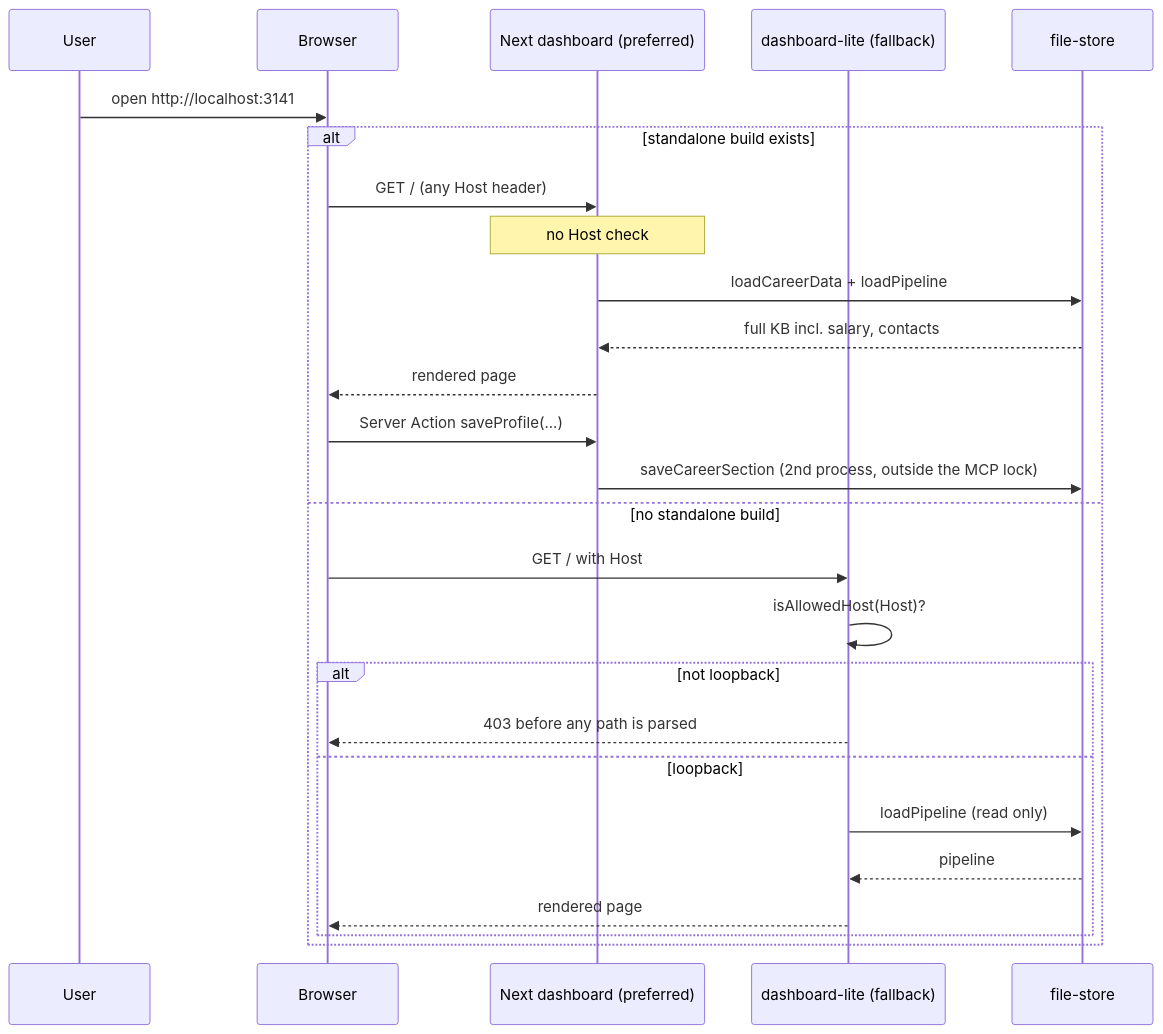
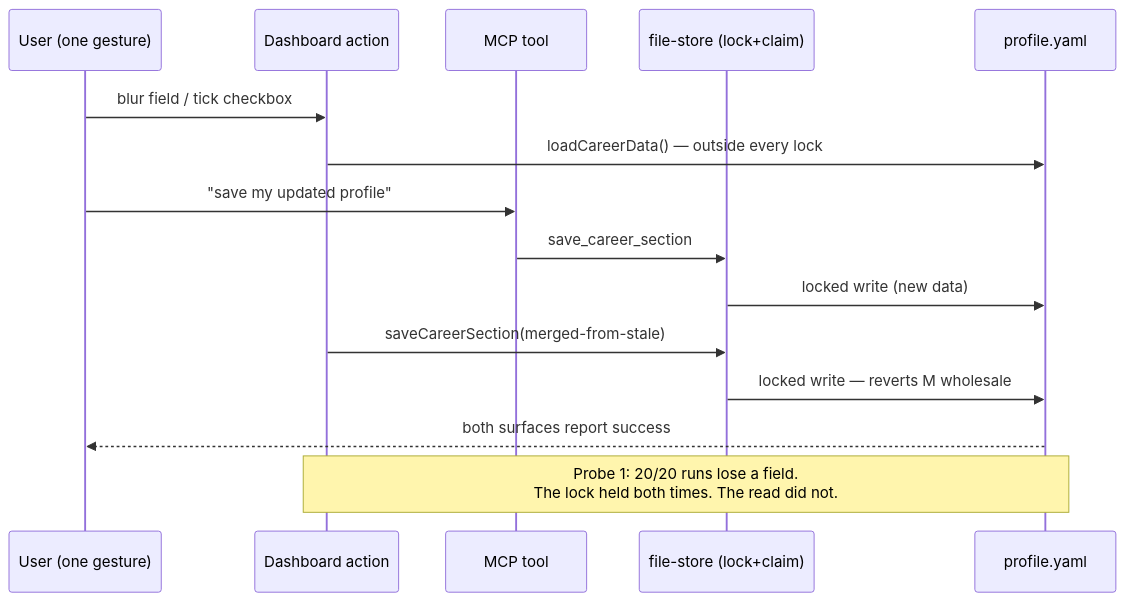
The diagram in docs/report/figures/cc-fig-02.mmd (benskamps/career-compass-mcp), drawn with Mermaid before and after one commit. The commit also changed 16 other files, not shown here.

First line of the commit message:
docs: architectural gauntlet v2 — the inheritance-failure audit

```diff
--- a/docs/report/figures/cc-fig-02.mmd
+++ b/docs/report/figures/cc-fig-02.mmd
@@ -1,26 +1,15 @@
 sequenceDiagram
-    participant U as User
-    participant B as Browser
-    participant N as Next dashboard (preferred)
-    participant L as dashboard-lite (fallback)
-    participant F as file-store
-    U->>B: open http://localhost:3141
-    alt standalone build exists
-        B->>N: GET / (any Host header)
-        Note over N: no Host check
-        N->>F: loadCareerData + loadPipeline
-        F-->>N: full KB incl. salary, contacts
-        N-->>B: rendered page
-        B->>N: Server Action saveProfile(...)
-        N->>F: saveCareerSection (2nd process, outside the MCP lock)
-    else no standalone build
-        B->>L: GET / with Host
-        L->>L: isAllowedHost(Host)?
-        alt not loopback
-            L-->>B: 403 before any path is parsed
-        else loopback
-            L->>F: loadPipeline (read only)
-            F-->>L: pipeline
-            L-->>B: rendered page
-        end
-    end
+    participant U as User (one gesture)
+    participant D as Dashboard action
+    participant M as MCP tool
+    participant F as file-store (lock+claim)
+    participant Y as profile.yaml
+    U->>D: blur field / tick checkbox
+    D->>Y: loadCareerData()  — outside every lock
+    U->>M: "save my updated profile"
+    M->>F: save_career_section
+    F->>Y: locked write (new data)
+    D->>F: saveCareerSection(merged-from-stale)
+    F->>Y: locked write — reverts M wholesale
+    Y-->>U: both surfaces report success
+    Note over D,Y: Probe 1: 20/20 runs lose a field.<br/>The lock held both times. The read did not.
```
